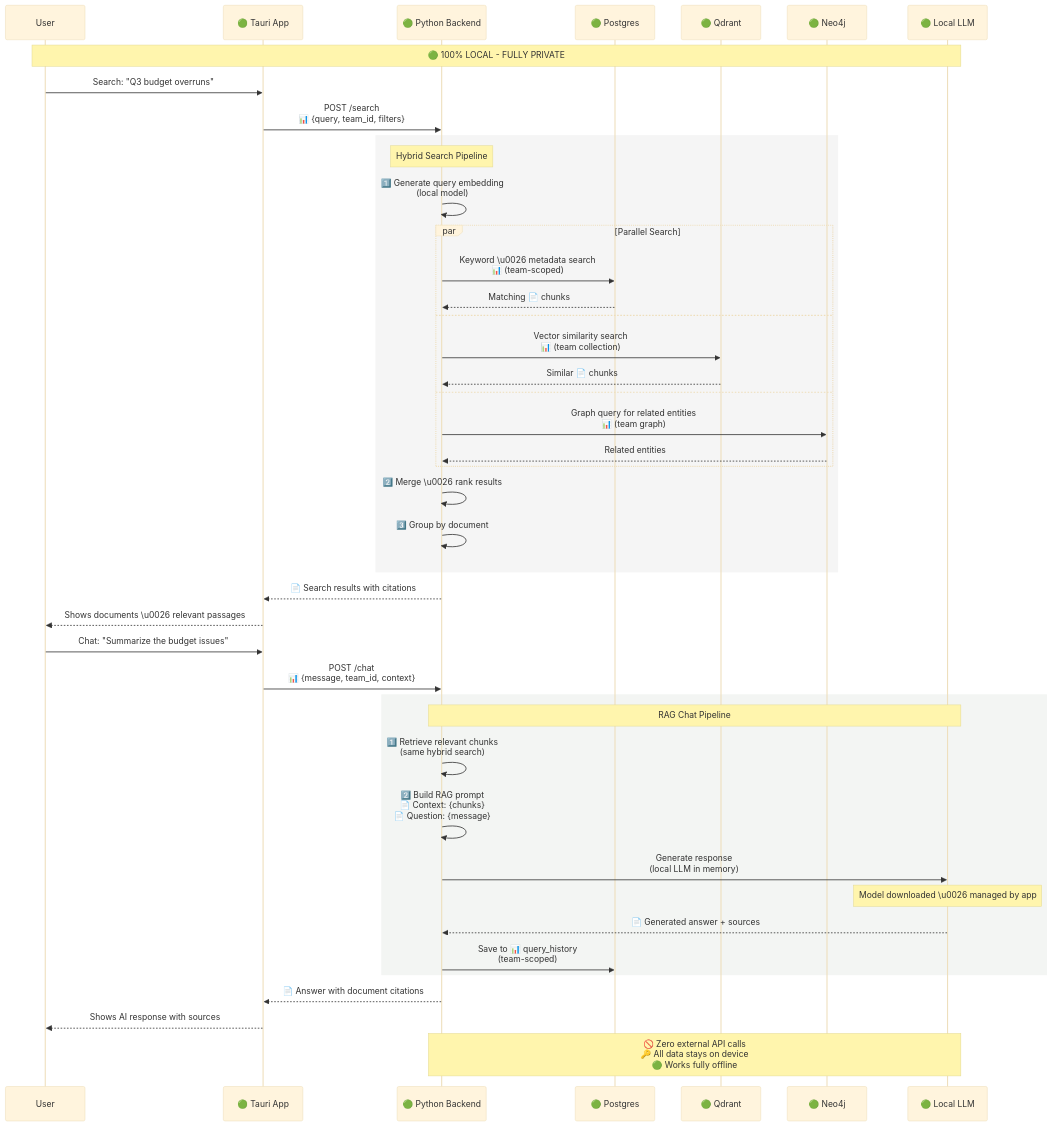
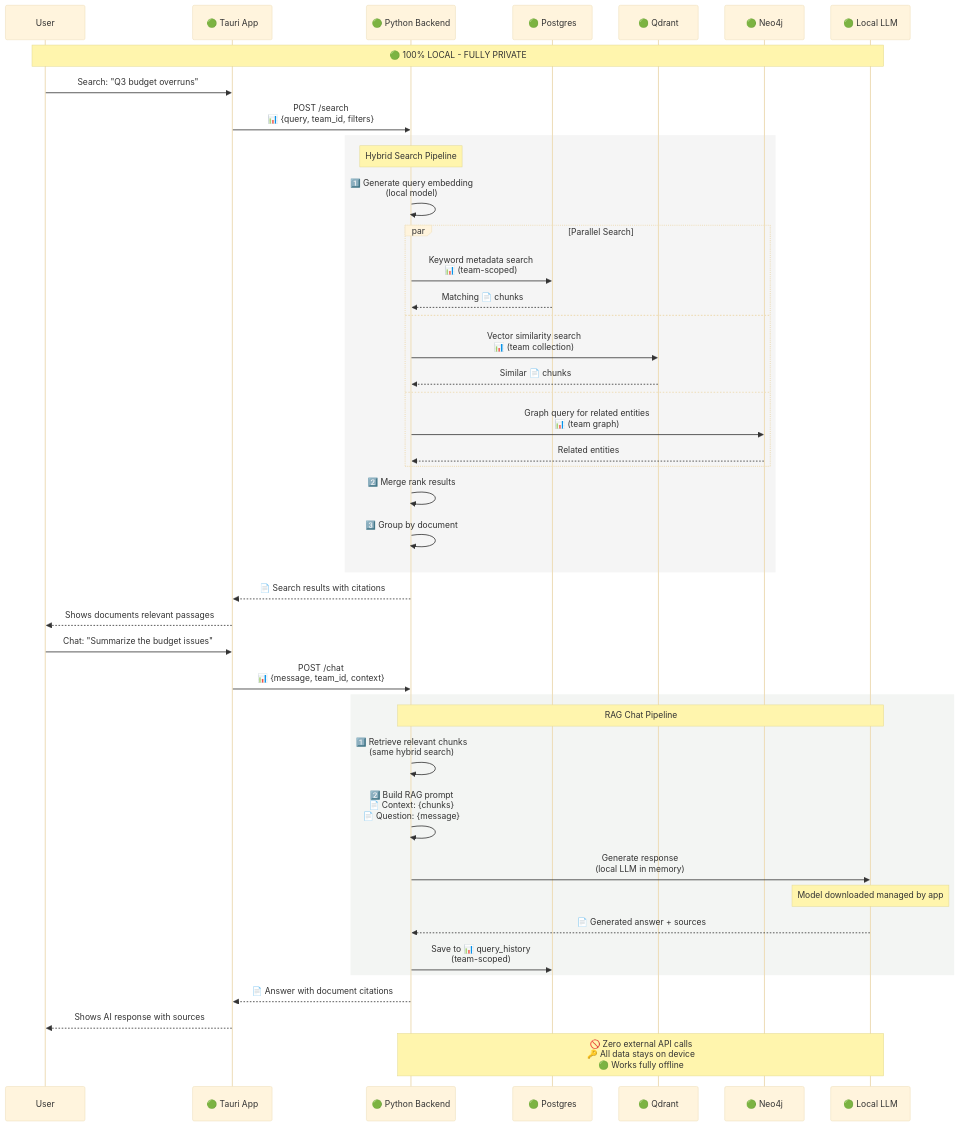
The sixth of 11 diagrams in 07a. Security Flow Diagrams.md (getagencyapp/docs), drawn with Mermaid (base theme) before and after one commit. The commit also changed other lines of this file, not shown here.

Commit message:
Update security flow diagrams for clarity and consistency

````diff
--- a/07a. Security Flow Diagrams.md
+++ b/07a. Security Flow Diagrams.md
@@ -302,61 +302,61 @@
 ```mermaid
 sequenceDiagram
     participant User
     participant TauriApp as 🟢 Tauri App
     participant PyBackend as 🟢 Python Backend
     participant Postgres as 🟢 Postgres
     participant Qdrant as 🟢 Qdrant
     participant Neo4j as 🟢 Neo4j
     participant LLM as 🟢 Local LLM
 
     Note over User,LLM: 🟢 100% LOCAL - FULLY PRIVATE
     
     User->>TauriApp: Search: "Q3 budget overruns"
     TauriApp->>PyBackend: POST /search<br/>📊 {query, team_id, filters}
     
     rect rgb(245, 245, 245)
         Note over PyBackend: Hybrid Search Pipeline
         
         PyBackend->>PyBackend: 1️⃣ Generate query embedding<br/>(local model)
         
         par Parallel Search
-            PyBackend->>Postgres: Keyword \u0026 metadata search<br/>📊 (team-scoped)
+            PyBackend->>Postgres: Keyword metadata search<br/>📊 (team-scoped)
             Postgres-->>PyBackend: Matching 📄 chunks
         and
             PyBackend->>Qdrant: Vector similarity search<br/>📊 (team collection)
             Qdrant-->>PyBackend: Similar 📄 chunks
         and
             PyBackend->>Neo4j: Graph query for related entities<br/>📊 (team graph)
             Neo4j-->>PyBackend: Related entities
         end
         
-        PyBackend->>PyBackend: 2️⃣ Merge \u0026 rank results
+        PyBackend->>PyBackend: 2️⃣ Merge rank results
         PyBackend->>PyBackend: 3️⃣ Group by document
     end
     
     PyBackend-->>TauriApp: 📄 Search results with citations
-    TauriApp-->>User: Shows documents \u0026 relevant passages
+    TauriApp-->>User: Shows documents relevant passages
     
     User->>TauriApp: Chat: "Summarize the budget issues"
     TauriApp->>PyBackend: POST /chat<br/>📊 {message, team_id, context}
     
     rect rgb(243, 245, 243)
         Note over PyBackend,LLM: RAG Chat Pipeline
         
         PyBackend->>PyBackend: 1️⃣ Retrieve relevant chunks<br/>(same hybrid search)
         
         PyBackend->>PyBackend: 2️⃣ Build RAG prompt<br/>📄 Context: {chunks}<br/>📄 Question: {message}
         
         PyBackend->>LLM: Generate response<br/>(local LLM in memory)
-        Note over LLM: Model downloaded \u0026 managed by app
+        Note over LLM: Model downloaded managed by app
         
         LLM-->>PyBackend: 📄 Generated answer + sources
         
         PyBackend->>Postgres: Save to 📊 query_history<br/>(team-scoped)
     end
     
     PyBackend-->>TauriApp: 📄 Answer with document citations
     TauriApp-->>User: Shows AI response with sources
     
     Note over PyBackend,LLM: 🚫 Zero external API calls<br/>🔑 All data stays on device<br/>🟢 Works fully offline
 ```
````
